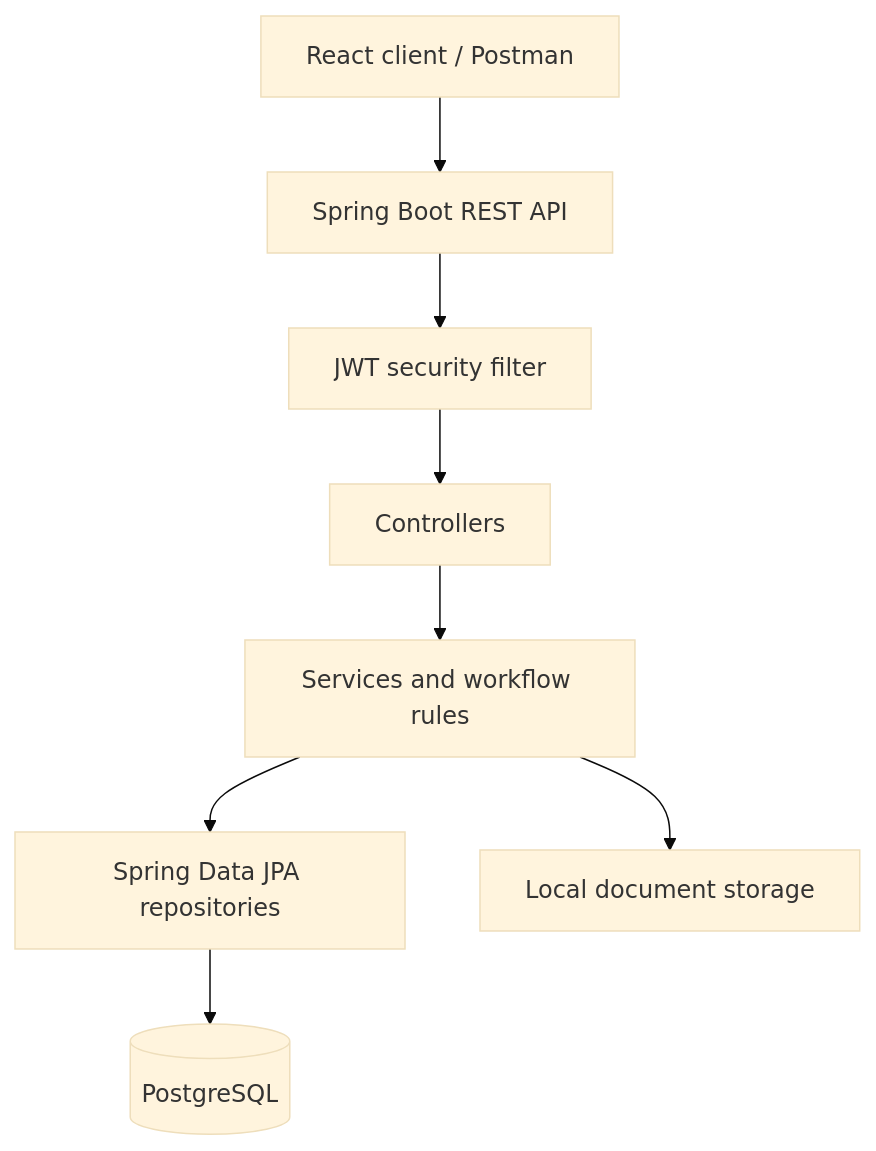
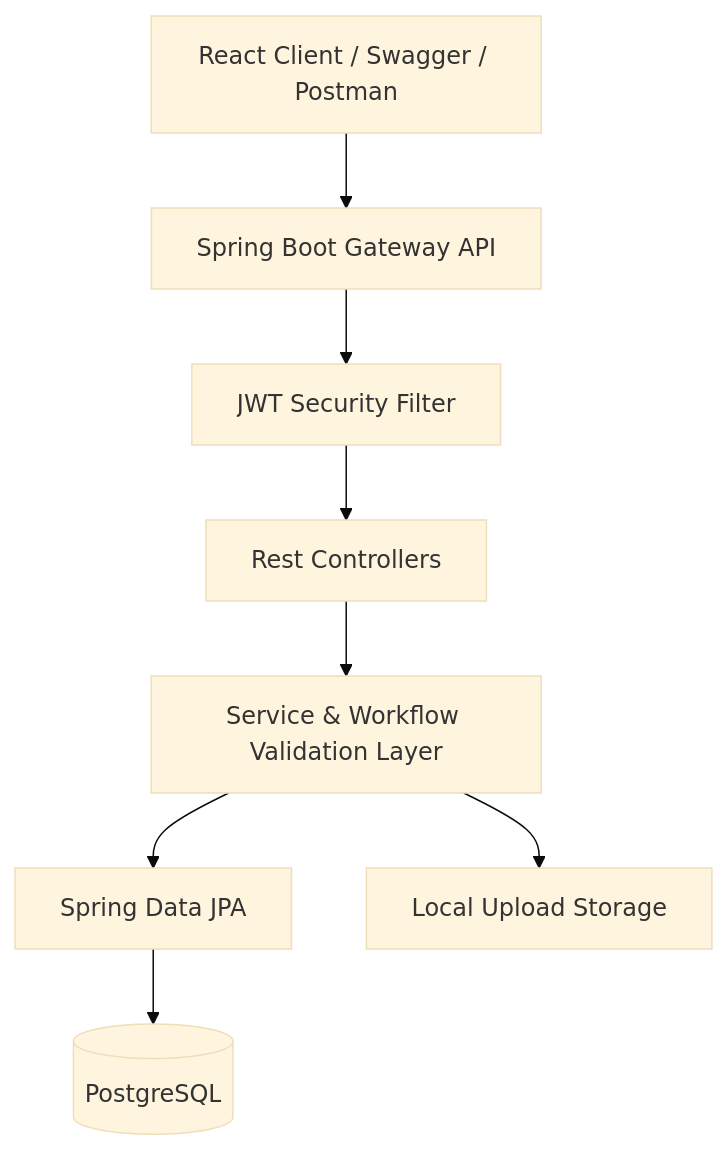
Before and after one commit to KushDani23/ClaimFlow: the first of 3 diagrams in README.md, drawn with Mermaid (base theme). The commit also changed other lines of this file and 52 other files, not shown here.

````diff
--- a/README.md
+++ b/README.md
@@ -16,10 +48,10 @@
 ```mermaid
 flowchart TD
-    Client["React client / Postman"] --> API["Spring Boot REST API"]
-    API --> Security["JWT security filter"]
-    Security --> Controllers["Controllers"]
-    Controllers --> Services["Services and workflow rules"]
-    Services --> Repositories["Spring Data JPA repositories"]
+    Client["React Client / Swagger / Postman"] --> API["Spring Boot Gateway API"]
+    API --> Security["JWT Security Filter"]
+    Security --> Controllers["Rest Controllers"]
+    Controllers --> Services["Service & Workflow Validation Layer"]
+    Services --> Repositories["Spring Data JPA"]
     Repositories --> Database[("PostgreSQL")]
-    Services --> Storage["Local document storage"]
+    Services --> Storage["Local Upload Storage"]
 ```
````
